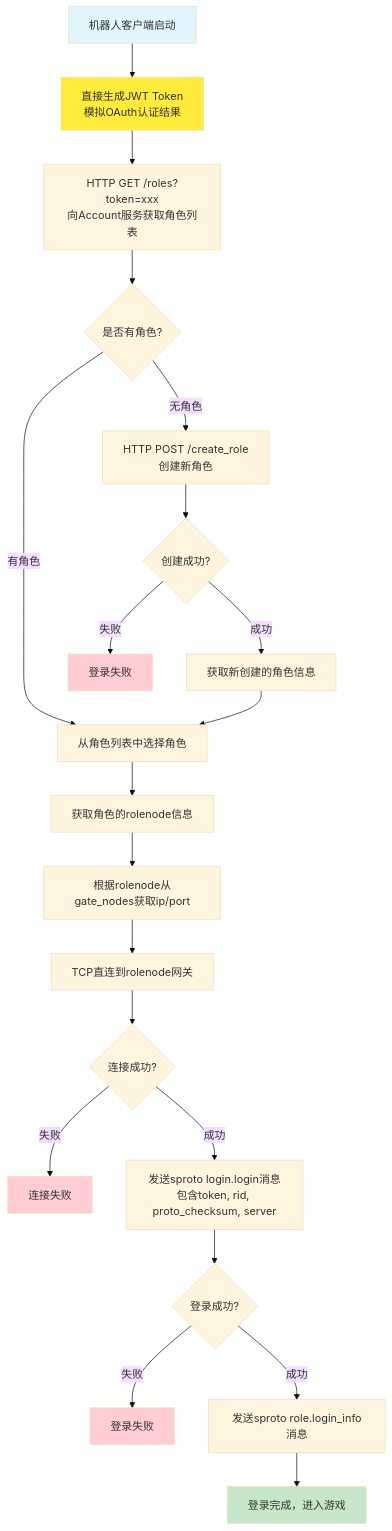
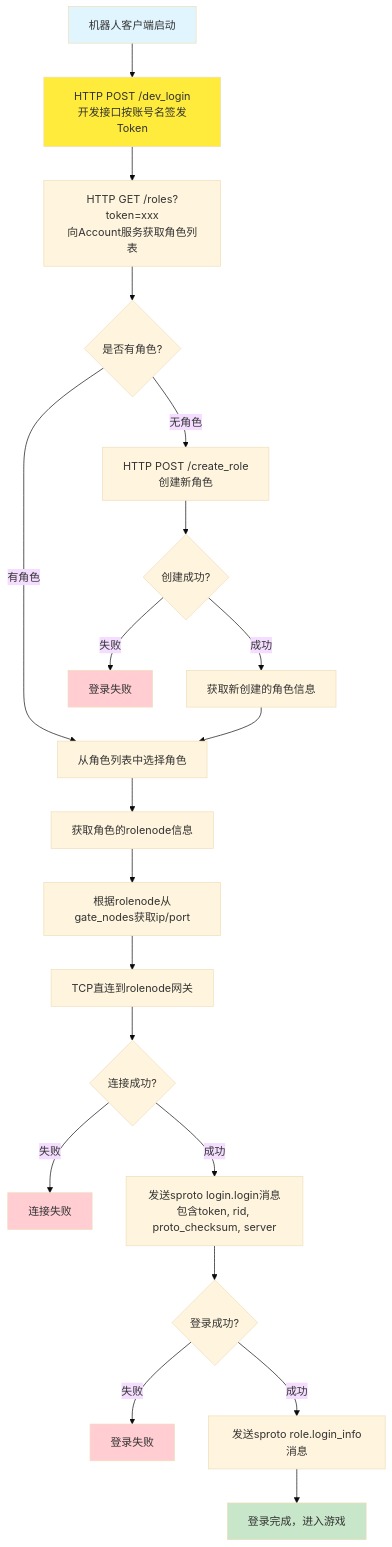
The second of 6 diagrams in docs/guide/login_diagram.md (hanxi/skyext), drawn with Mermaid (base theme) before and after one commit. The commit also changed other lines of this file and 50 other files, not shown here.

````diff
--- a/docs/guide/login_diagram.md
+++ b/docs/guide/login_diagram.md
@@ -66,36 +66,36 @@
 ```mermaid
 flowchart TD
-    A1[机器人客户端启动] --> B1[直接生成JWT Token<br/>模拟OAuth认证结果]
+    A1[机器人客户端启动] --> B1[HTTP POST /dev_login<br/>开发接口按账号名签发Token]
     B1 --> C1[HTTP GET /roles?token=xxx<br/>向Account服务获取角色列表]
 
     C1 --> D1{是否有角色?}
 
     D1 -->|有角色| E1[从角色列表中选择角色]
     D1 -->|无角色| F1[HTTP POST /create_role<br/>创建新角色]
 
     F1 --> G1{创建成功?}
     G1 -->|成功| H1[获取新创建的角色信息]
     G1 -->|失败| I1[登录失败]
 
     H1 --> E1
     E1 --> J1[获取角色的rolenode信息]
     J1 --> K1[根据rolenode从gate_nodes获取ip/port]
     K1 --> L1[TCP直连到rolenode网关]
 
     L1 --> M1{连接成功?}
     M1 -->|失败| N1[连接失败]
     M1 -->|成功| O1[发送sproto login.login消息<br/>包含token, rid, proto_checksum, server]
 
     O1 --> P1{登录成功?}
     P1 -->|失败| Q1[登录失败]
     P1 -->|成功| R1[发送sproto role.login_info消息]
 
     R1 --> S1[登录完成，进入游戏]
 
     style A1 fill:#e1f5fe
     style S1 fill:#c8e6c9
     style I1 fill:#ffcdd2
     style N1 fill:#ffcdd2
     style Q1 fill:#ffcdd2
     style B1 fill:#ffeb3b
 ```
````
